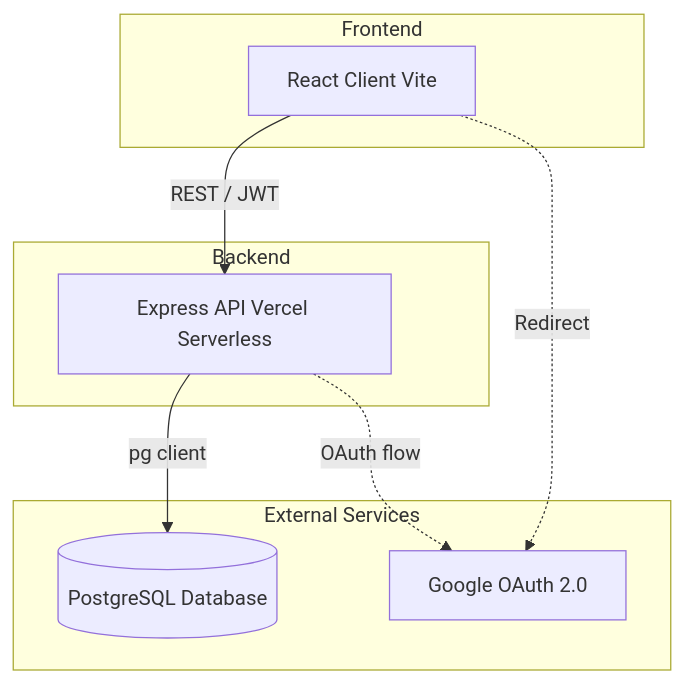
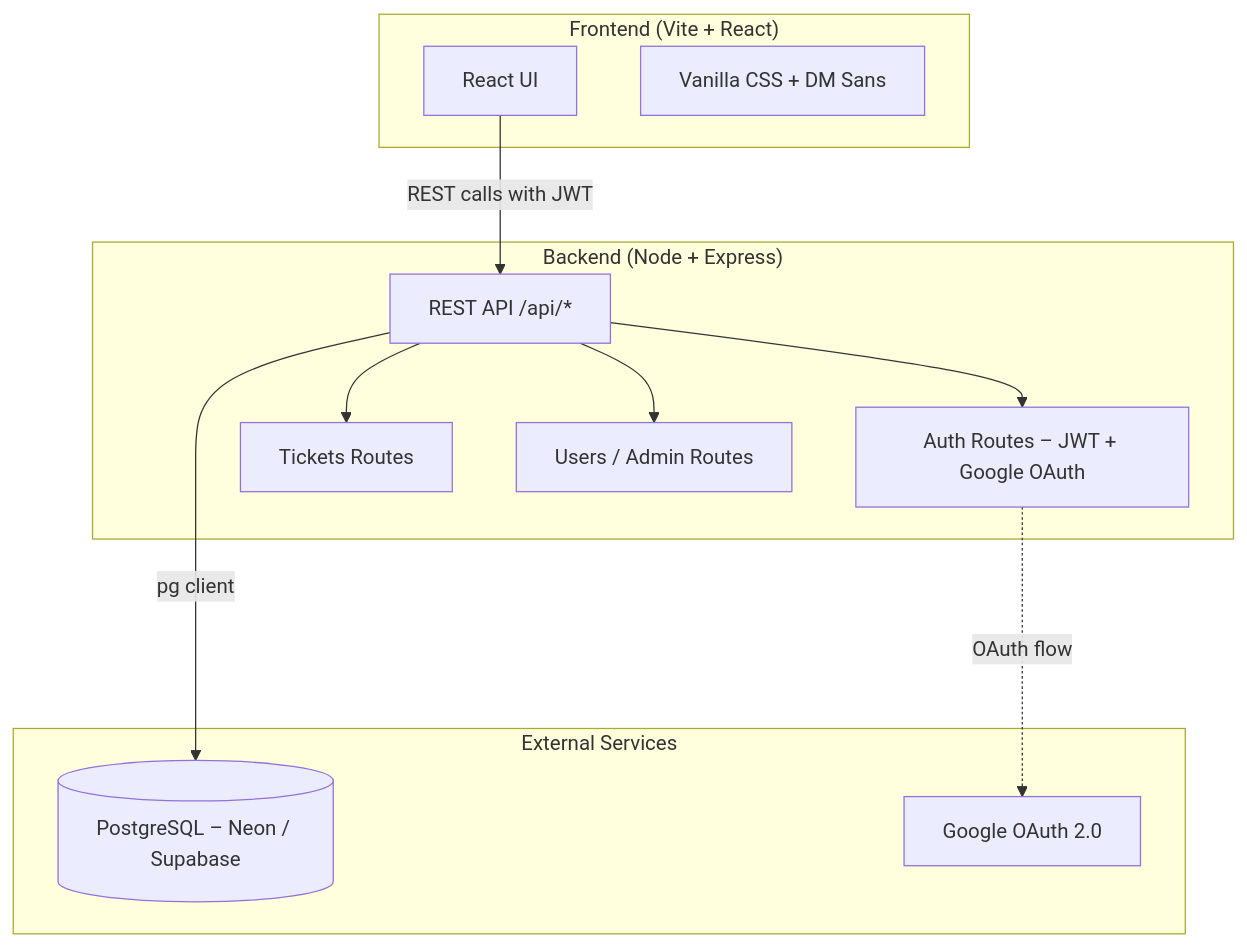
One commit to sahil19-03/help-desk-pro changed the diagram in README.md. Above: the diagram before and after it, drawn with Mermaid. The commit also changed other lines of this file, not shown here.

````diff
--- a/README.md
+++ b/README.md
@@ -15,20 +51,26 @@
 ```mermaid
 graph TD
-    subgraph Frontend
-        React[React Client Vite]
+    subgraph Frontend["Frontend (Vite + React)"]
+        UI[React UI]
+        CSS[Vanilla CSS + DM Sans]
     end
 
-    subgraph Backend
-        API[Express API Vercel Serverless]
+    subgraph Backend["Backend (Node + Express)"]
+        API[REST API /api/*]
+        AUTH[Auth Routes – JWT + Google OAuth]
+        TICKETS[Tickets Routes]
+        USERS[Users / Admin Routes]
     end
 
-    subgraph External Services
-        DB[(PostgreSQL Database)]
-        Auth[Google OAuth 2.0]
+    subgraph External["External Services"]
+        DB[(PostgreSQL – Neon / Supabase)]
+        GOOGLE[Google OAuth 2.0]
     end
 
-    React -->|REST / JWT| API
+    UI -->|REST calls with JWT| API
+    API --> AUTH
+    API --> TICKETS
+    API --> USERS
+    AUTH -..->|OAuth flow| GOOGLE
     API -->|pg client| DB
-    API -.->|OAuth flow| Auth
-    React -.->|Redirect| Auth
 ```
````
